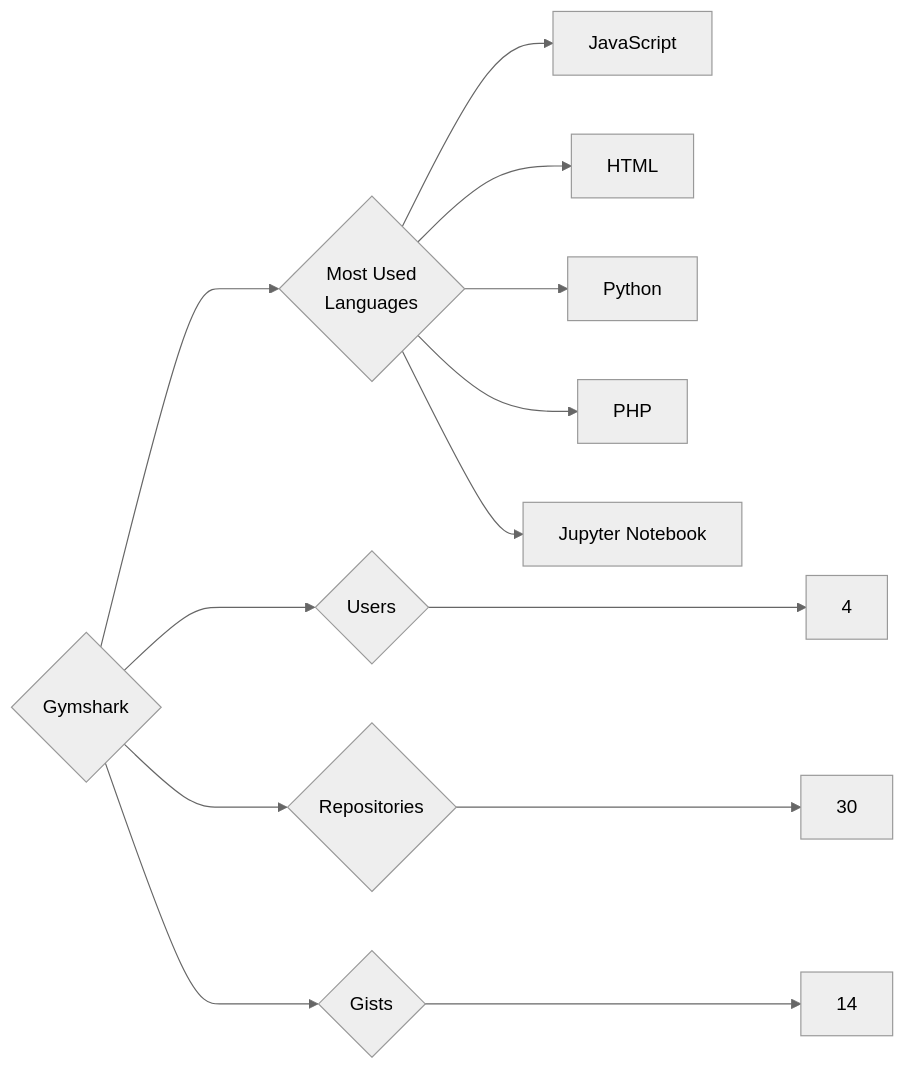
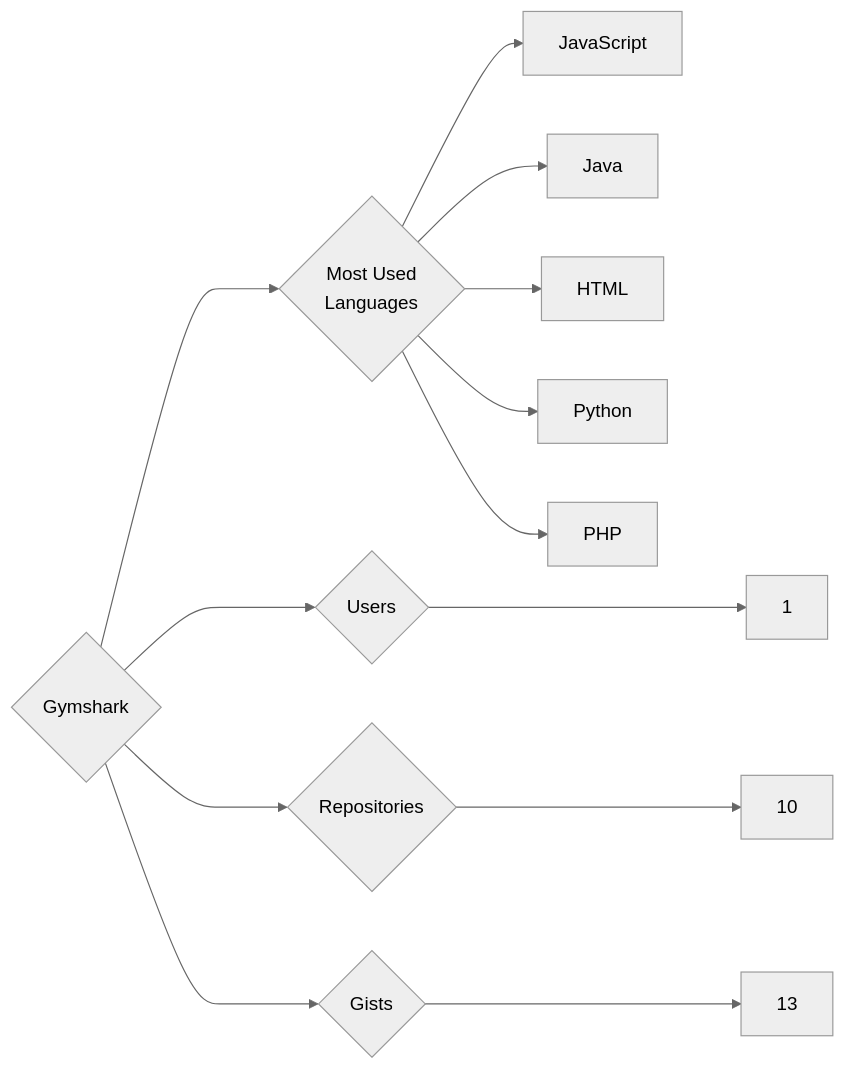
One commit to trickest/insiders changed the diagram in targets/Gymshark/README.md. Above: the diagram before and after it, drawn with Mermaid (neutral theme). The commit also changed 1092 other files, not shown here.

````diff
--- a/targets/Gymshark/README.md
+++ b/targets/Gymshark/README.md
@@ -3,13 +3,13 @@
 ```mermaid
 graph LR
 COMPANY_NAME{Gymshark}
-COMPANY_NAME ---> U{Users} ---> UN[4]
-COMPANY_NAME ---> R{Repositories} ---> RN[30]
-COMPANY_NAME ---> G{Gists} ---> GN[14]
+COMPANY_NAME ---> U{Users} ---> UN[1]
+COMPANY_NAME ---> R{Repositories} ---> RN[10]
+COMPANY_NAME ---> G{Gists} ---> GN[13]
 COMPANY_NAME ---> ML{Most Used<br>Languages}
 ML --> JavaScript[JavaScript]
+ML --> Java[Java]
 ML --> HTML[HTML]
 ML --> Python[Python]
 ML --> PHP[PHP]
-ML --> Jupyter_Notebook[Jupyter Notebook]
 ```
````
